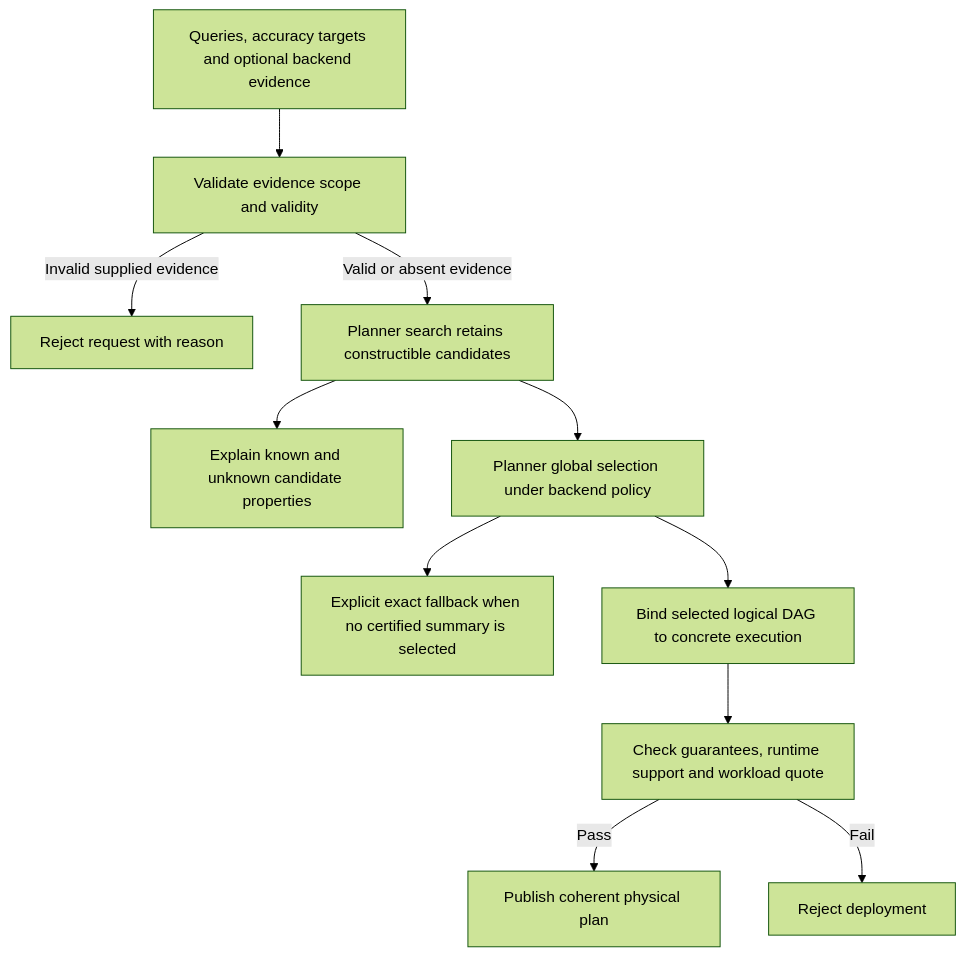
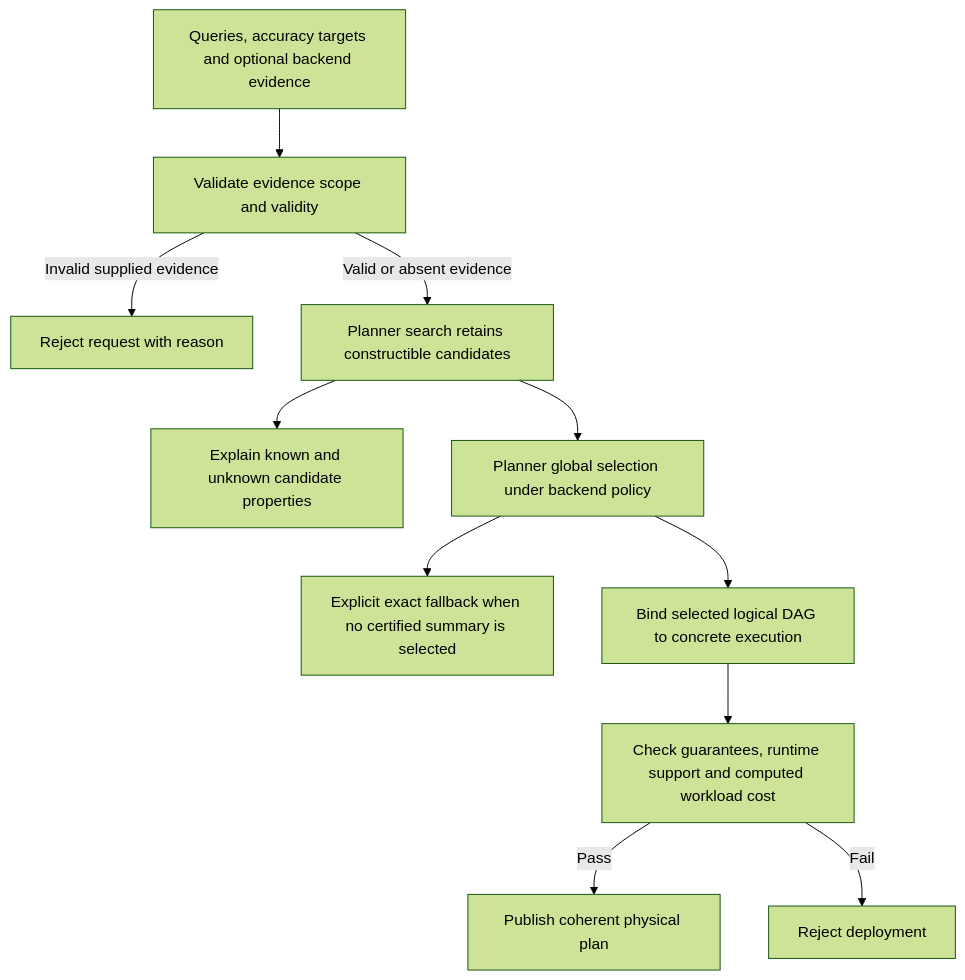
The first of 3 diagrams in docs/design_docs/evidence-dependent-candidates.md (ProjectASAP/ASAPQuery-backend), drawn with Mermaid (forest theme) before and after one commit. The commit also changed other lines of this file and 9 other files, not shown here.

````diff
--- a/docs/design_docs/evidence-dependent-candidates.md
+++ b/docs/design_docs/evidence-dependent-candidates.md
@@ -30,13 +30,13 @@
 ```mermaid
 flowchart TD
     Input[Queries, accuracy targets and optional backend evidence] --> Validate[Validate evidence scope and validity]
     Validate -->|Invalid supplied evidence| Error[Reject request with reason]
     Validate -->|Valid or absent evidence| Search[Planner search retains constructible candidates]
     Search --> Inspect[Explain known and unknown candidate properties]
     Search --> Select[Planner global selection under backend policy]
     Select --> Exact[Explicit exact fallback when no certified summary is selected]
     Select --> Bind[Bind selected logical DAG to concrete execution]
-    Bind --> Admit[Check guarantees, runtime support and workload quote]
+    Bind --> Admit[Check guarantees, runtime support and computed workload cost]
     Admit -->|Pass| Publish[Publish coherent physical plan]
     Admit -->|Fail| Reject[Reject deployment]
 ```
````
